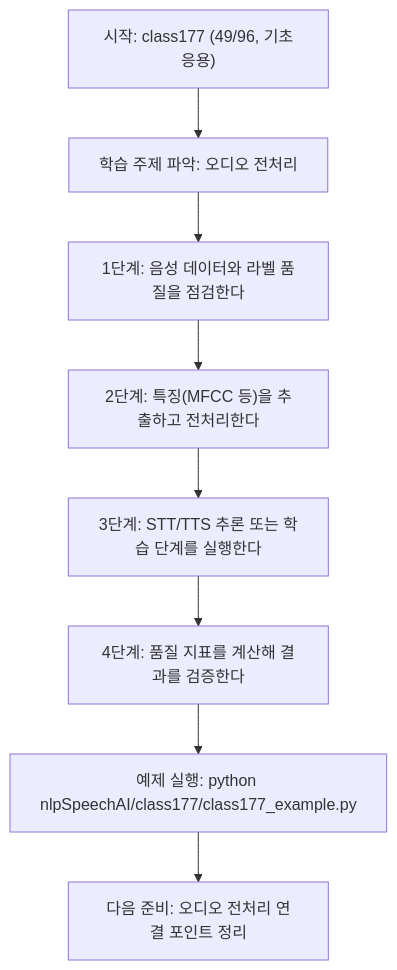
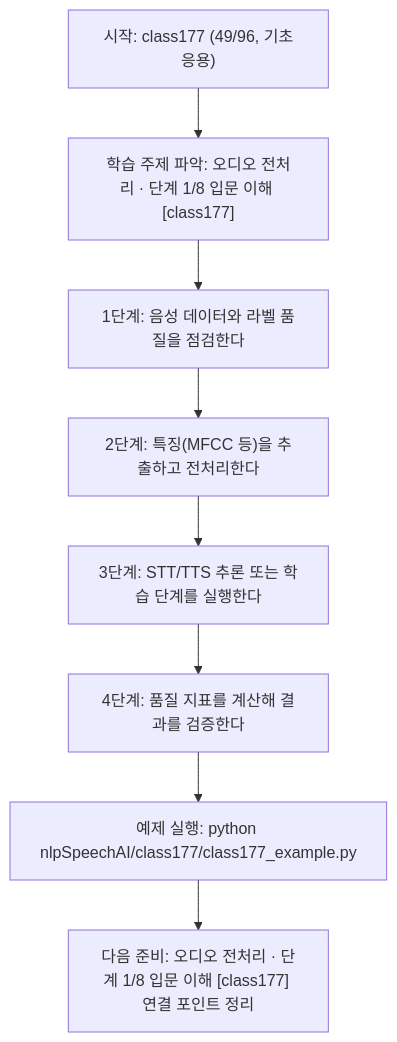
Before and after one commit to edumgt/Python-AI_Agent-Class: the diagram in nlpSpeechAI/class177/class177.md, drawn with Mermaid. The commit also changed other lines of this file and 522 other files, not shown here.

````diff
--- a/nlpSpeechAI/class177/class177.md
+++ b/nlpSpeechAI/class177/class177.md
@@ -112,18 +113,18 @@
 ```mermaid
 flowchart TD
 N1["시작: class177 (49/96, 기초응용)"]
-N2["학습 주제 파악: 오디오 전처리"]
+N2["학습 주제 파악: 오디오 전처리 · 단계 1/8 입문 이해 [class177]"]
 N3["1단계: 음성 데이터와 라벨 품질을 점검한다"]
 N4["2단계: 특징(MFCC 등)을 추출하고 전처리한다"]
 N5["3단계: STT/TTS 추론 또는 학습 단계를 실행한다"]
 N6["4단계: 품질 지표를 계산해 결과를 검증한다"]
 N7["예제 실행: python nlpSpeechAI/class177/class177_example.py"]
-N8["다음 준비: 오디오 전처리 연결 포인트 정리"]
+N8["다음 준비: 오디오 전처리 · 단계 1/8 입문 이해 [class177] 연결 포인트 정리"]
 N1 --> N2
 N2 --> N3
 N3 --> N4
 N4 --> N5
 N5 --> N6
 N6 --> N7
 N7 --> N8
 ```
````
